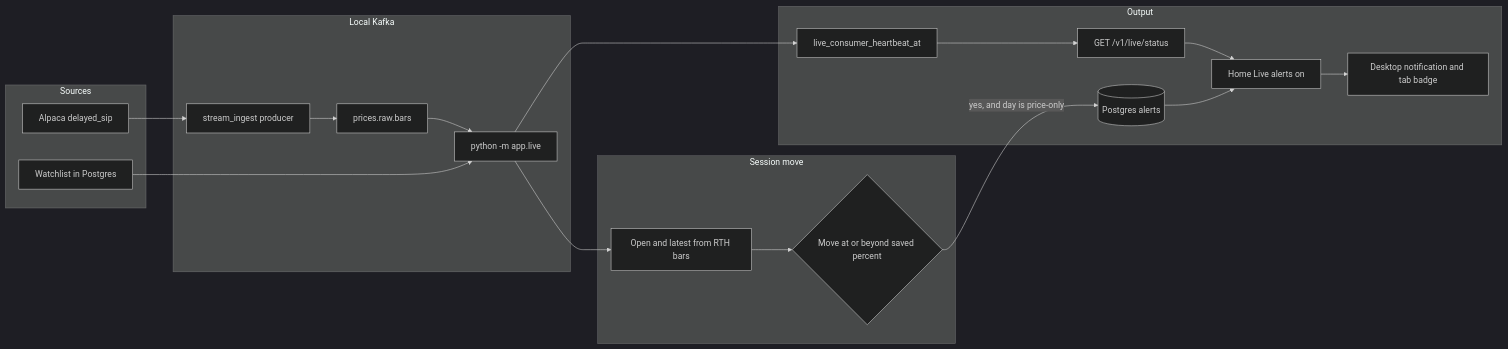
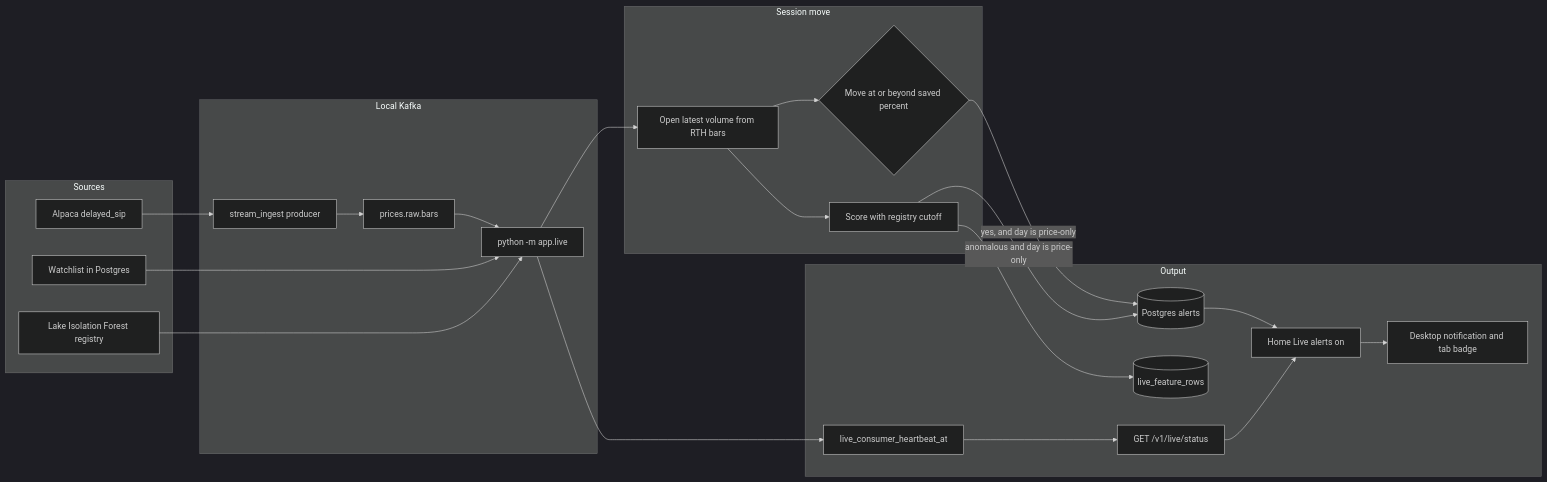
The third of 10 diagrams in docs/architecture.md (sameerde4/ticker-alert-system), drawn with Mermaid (dark theme) before and after one commit. The commit also changed other lines of this file and 4 other files, not shown here.

First line of the commit message:
Document live forest as-built and price-then-news as the local final join.

````diff
--- a/docs/architecture.md
+++ b/docs/architecture.md
@@ -159,33 +164,40 @@
 ```mermaid
 flowchart LR
     subgraph sources [Sources]
         ALP[Alpaca delayed_sip]
         WL2[Watchlist in Postgres]
+        REG[Lake Isolation Forest registry]
     end
 
     subgraph bus [Local Kafka]
         PROD[stream_ingest producer]
         TOPIC[prices.raw.bars]
         LIVE[python -m app.live]
     end
 
     subgraph decide [Session move]
-        BOOK[Open and latest from RTH bars]
+        BOOK[Open latest volume from RTH bars]
         RULE2{Move at or beyond saved percent}
+        FOREST[Score with registry cutoff]
     end
 
     subgraph out2 [Output]
         PG[(Postgres alerts)]
+        FEAT[(live_feature_rows)]
         BEAT[live_consumer_heartbeat_at]
         API[GET /v1/live/status]
         UI2[Home Live alerts on]
         NOTE2[Desktop notification and tab badge]
     end
 
     ALP --> PROD --> TOPIC --> LIVE
     WL2 --> LIVE
+    REG --> LIVE
     LIVE --> BOOK --> RULE2
+    BOOK --> FOREST
     RULE2 -->|yes, and day is price-only| PG
+    FOREST -->|anomalous and day is price-only| PG
+    FOREST --> FEAT
     LIVE --> BEAT --> API --> UI2
     PG --> UI2 --> NOTE2
 ```
````
